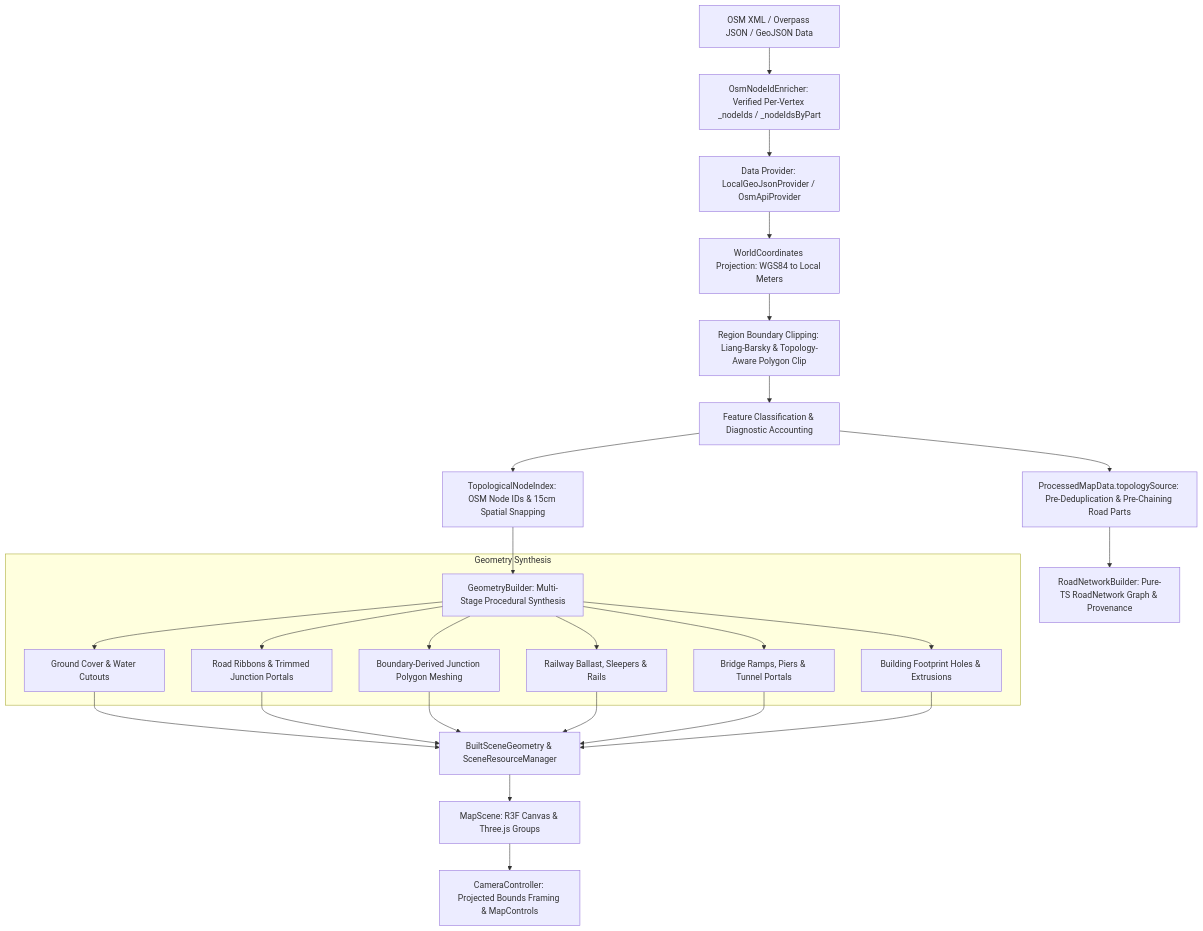
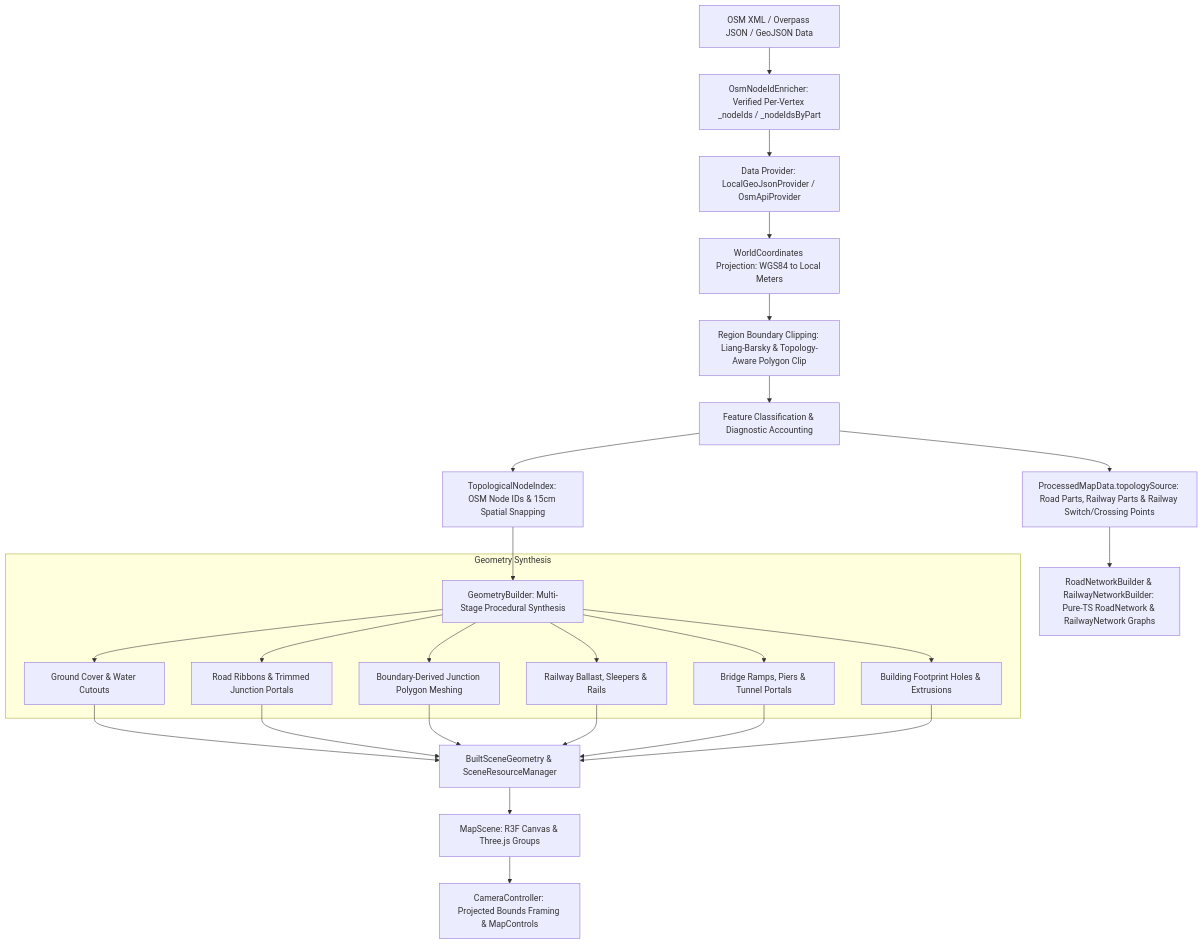
One commit to Video-S/OSM-Renderer changed the diagram in docs/architecture.md. Above: the diagram before and after it, drawn with Mermaid. The commit also changed other lines of this file and 47 other files, not shown here.

````diff
--- a/docs/architecture.md
+++ b/docs/architecture.md
@@ -36,26 +36,26 @@
 ```mermaid
 flowchart TD
     A[OSM XML / Overpass JSON / GeoJSON Data] --> A1[OsmNodeIdEnricher: Verified Per-Vertex _nodeIds / _nodeIdsByPart]
     A1 --> B[Data Provider: LocalGeoJsonProvider / OsmApiProvider]
     B --> C[WorldCoordinates Projection: WGS84 to Local Meters]
     C --> D[Region Boundary Clipping: Liang-Barsky & Topology-Aware Polygon Clip]
     D --> E[Feature Classification & Diagnostic Accounting]
-    E --> E1[ProcessedMapData.topologySource: Pre-Deduplication & Pre-Chaining Road Parts]
-    E1 --> E2[RoadNetworkBuilder: Pure-TS RoadNetwork Graph & Provenance]
+    E --> E1[ProcessedMapData.topologySource: Road Parts, Railway Parts & Railway Switch/Crossing Points]
+    E1 --> E2[RoadNetworkBuilder & RailwayNetworkBuilder: Pure-TS RoadNetwork & RailwayNetwork Graphs]
     E --> F[TopologicalNodeIndex: OSM Node IDs & 15cm Spatial Snapping]
     F --> G[GeometryBuilder: Multi-Stage Procedural Synthesis]
     
     subgraph Geometry Synthesis
         G1[Ground Cover & Water Cutouts]
         G2[Road Ribbons & Trimmed Junction Portals]
         G3[Boundary-Derived Junction Polygon Meshing]
         G4[Railway Ballast, Sleepers & Rails]
         G5[Bridge Ramps, Piers & Tunnel Portals]
         G6[Building Footprint Holes & Extrusions]
         G --> G1 & G2 & G3 & G4 & G5 & G6
     end
 
     G1 & G2 & G3 & G4 & G5 & G6 --> H[BuiltSceneGeometry & SceneResourceManager]
     H --> I[MapScene: R3F Canvas & Three.js Groups]
     I --> J[CameraController: Projected Bounds Framing & MapControls]
 ```
````
